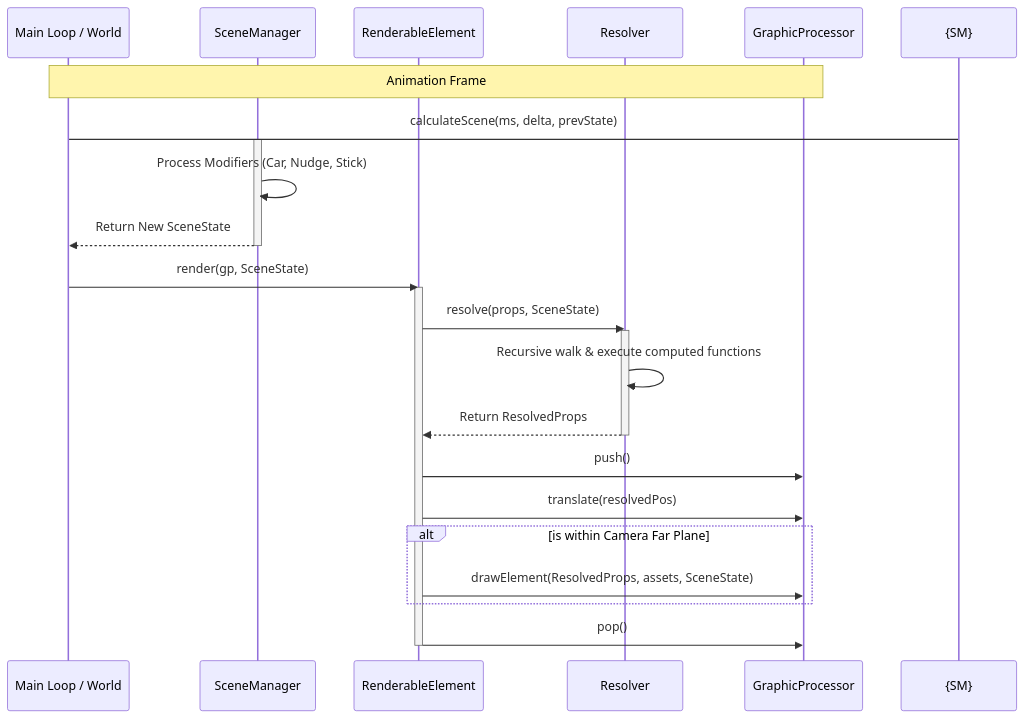
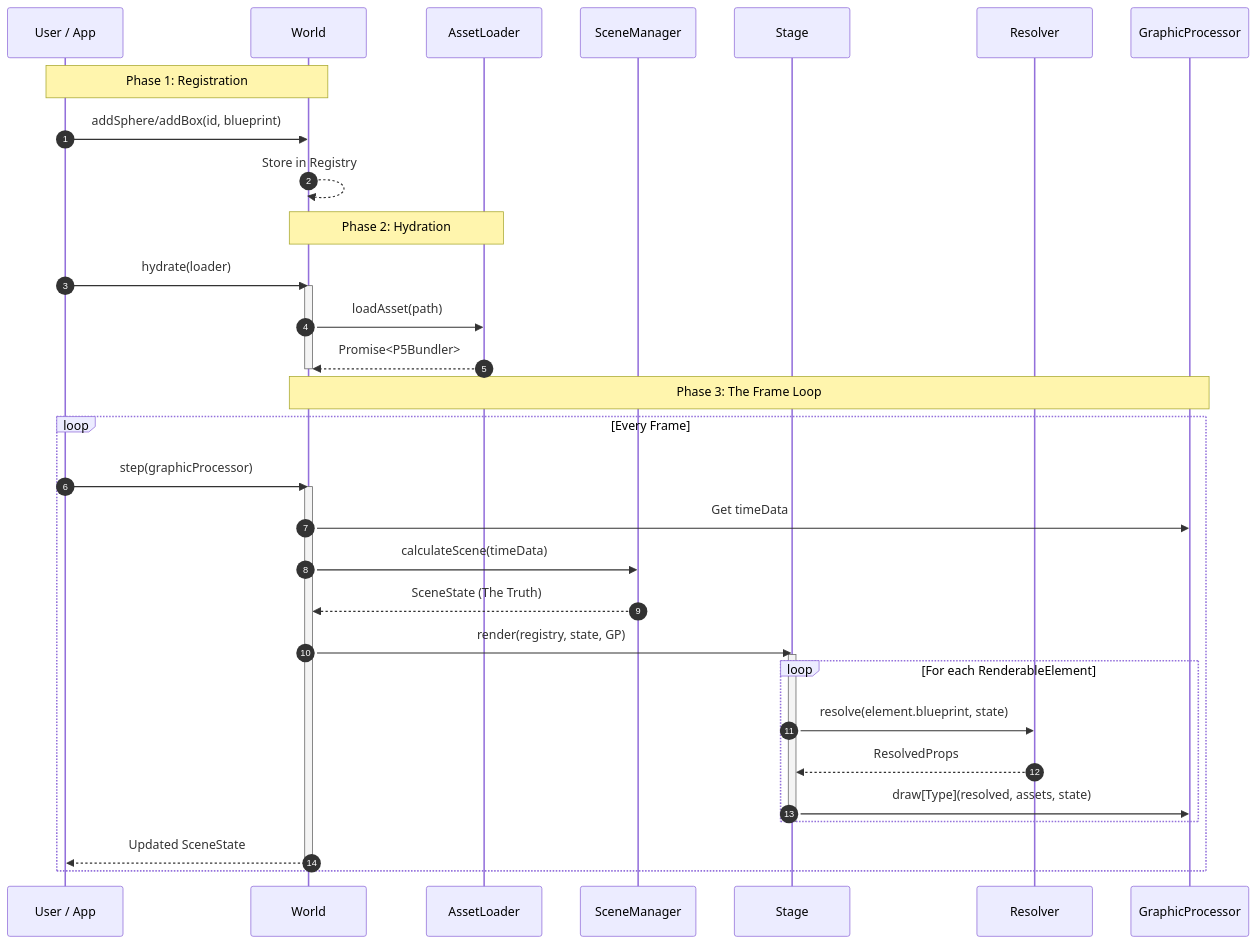
Before and after one commit to thiagomata/parallax: the diagram in README.md, drawn with Mermaid. The commit also changed other lines of this file and 51 other files, not shown here.

````diff
--- a/README.md
+++ b/README.md
@@ -130,35 +70,43 @@
 ```mermaid
 sequenceDiagram
-    participant App as Main Loop / World
+    autonumber
+    participant U as User / App
+    participant W as World
+    participant L as AssetLoader
     participant SM as SceneManager
-    participant RE as RenderableElement
+    participant S as Stage
     participant R as Resolver
     participant GP as GraphicProcessor
 
-    Note over App, GP: Animation Frame
+    Note over U,W: Phase 1: Registration
+    U->>W: addSphere/addBox(id, blueprint)
+    W-->>W: Store in Registry
 
-    App -> {SM}: calculateScene(ms, delta, prevState)
-    activate SM
-    SM ->> SM: Process Modifiers (Car, Nudge, Stick)
-    SM -->> App: Return New SceneState
-    deactivate SM
+    Note over W,L: Phase 2: Hydration
+    U->>W: hydrate(loader)
+    activate W
+    W->>L: loadAsset(path)
+    L-->>W: Promise<P5Bundler>
+    deactivate W
 
-    App ->> RE: render(gp, SceneState)
-    activate RE
-
-    RE ->> R: resolve(props, SceneState)
-    activate R
-    R ->> R: Recursive walk & execute computed functions
-    R -->> RE: Return ResolvedProps
-    deactivate R
-
-    RE ->> GP: push()
-    RE ->> GP: translate(resolvedPos)
-
-    alt is within Camera Far Plane
-        RE ->> GP: drawElement(ResolvedProps, assets, SceneState)
+    Note over W,GP: Phase 3: The Frame Loop
+    loop Every Frame
+        U->>W: step(graphicProcessor)
+        activate W
+        W->>GP: Get timeData
+        W->>SM: calculateScene(timeData)
+        SM-->>W: SceneState (The Truth)
+        
+        W->>S: render(registry, state, GP)
+        activate S
+        loop For each RenderableElement
+            S->>R: resolve(element.blueprint, state)
+            R-->>S: ResolvedProps
+            S->>GP: draw[Type](resolved, assets, state)
+        end
+        deactivate S
+        W-->>U: Updated SceneState
+        deactivate W
     end
 
-    RE ->> GP: pop()
-    deactivate RE
 ```
````
